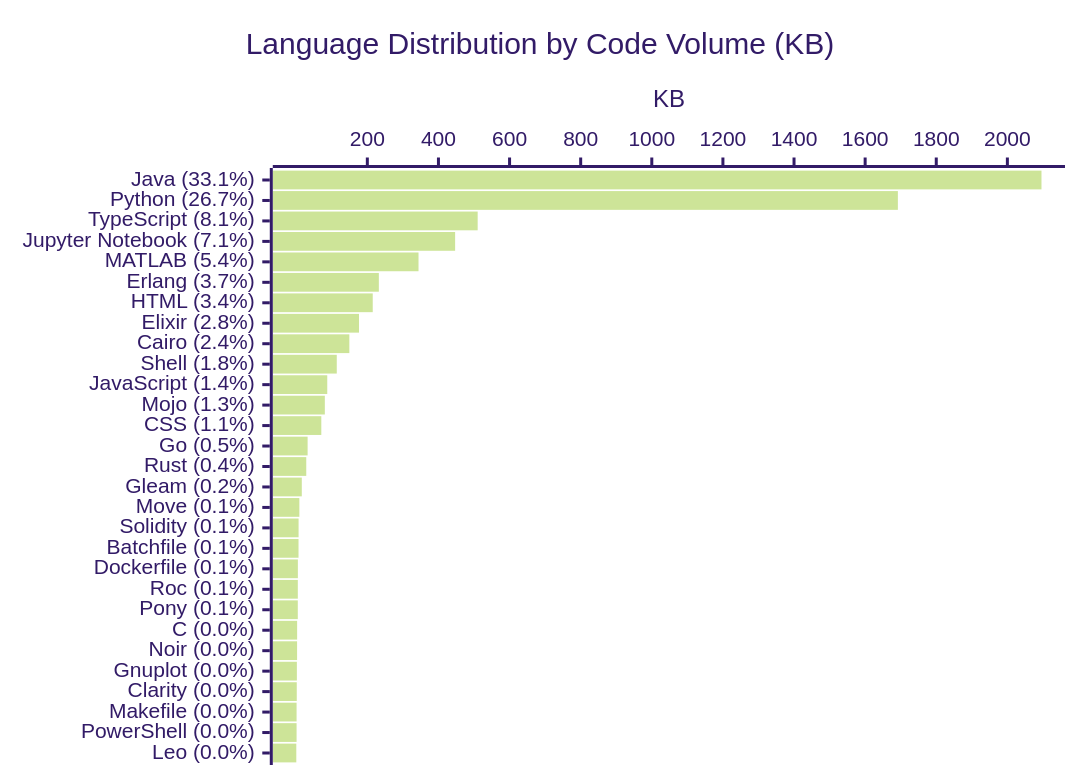
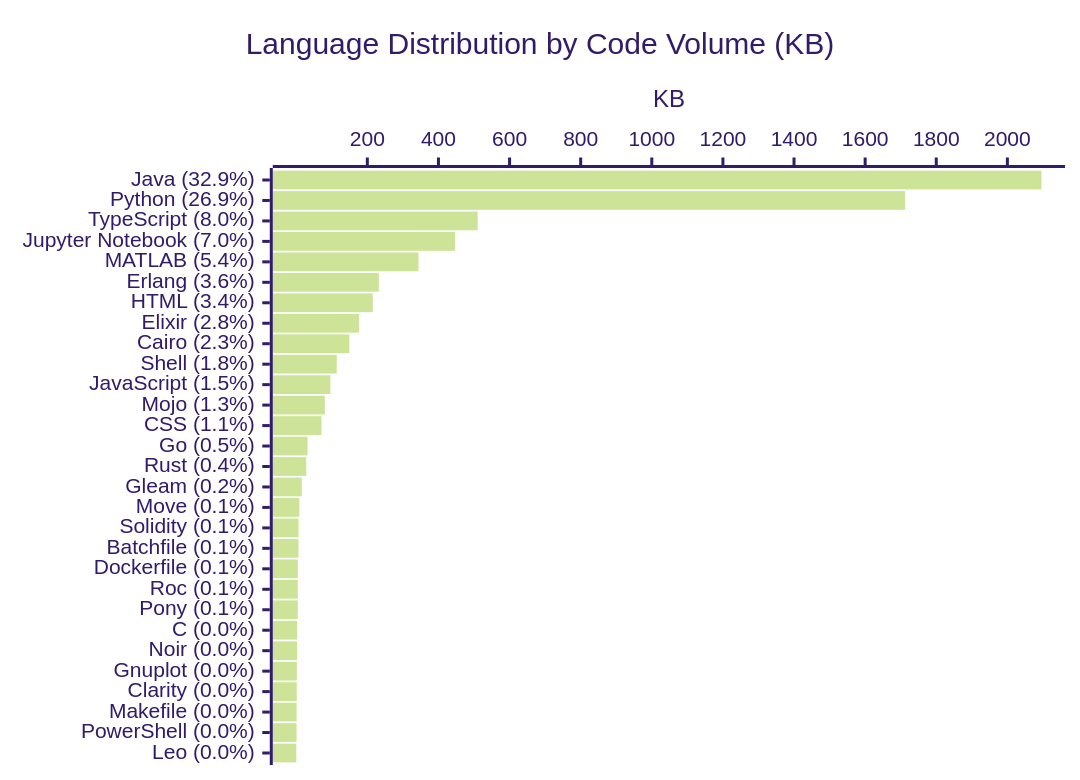
Before and after one commit to KathiraveluLab/.github: the diagram in profile/README.md, drawn with Mermaid (forest theme). The commit also changed other lines of this file and 1 other file, not shown here.

````diff
--- a/profile/README.md
+++ b/profile/README.md
@@ -66,7 +66,7 @@
 ```mermaid
 xychart-beta horizontal
     title "Language Distribution by Code Volume (KB)"
-    x-axis ["Java (33.1%)", "Python (26.7%)", "TypeScript (8.1%)", "Jupyter Notebook (7.1%)", "MATLAB (5.4%)", "Erlang (3.7%)", "HTML (3.4%)", "Elixir (2.8%)", "Cairo (2.4%)", "Shell (1.8%)", "JavaScript (1.4%)", "Mojo (1.3%)", "CSS (1.1%)", "Go (0.5%)", "Rust (0.4%)", "Gleam (0.2%)", "Move (0.1%)", "Solidity (0.1%)", "Batchfile (0.1%)", "Dockerfile (0.1%)", "Roc (0.1%)", "Pony (0.1%)", "C (0.0%)", "Noir (0.0%)", "Gnuplot (0.0%)", "Clarity (0.0%)", "Makefile (0.0%)", "PowerShell (0.0%)", "Leo (0.0%)"]
+    x-axis ["Java (32.9%)", "Python (26.9%)", "TypeScript (8.0%)", "Jupyter Notebook (7.0%)", "MATLAB (5.4%)", "Erlang (3.6%)", "HTML (3.4%)", "Elixir (2.8%)", "Cairo (2.3%)", "Shell (1.8%)", "JavaScript (1.5%)", "Mojo (1.3%)", "CSS (1.1%)", "Go (0.5%)", "Rust (0.4%)", "Gleam (0.2%)", "Move (0.1%)", "Solidity (0.1%)", "Batchfile (0.1%)", "Dockerfile (0.1%)", "Roc (0.1%)", "Pony (0.1%)", "C (0.0%)", "Noir (0.0%)", "Gnuplot (0.0%)", "Clarity (0.0%)", "Makefile (0.0%)", "PowerShell (0.0%)", "Leo (0.0%)"]
     y-axis "KB"
-    bar [2095.91, 1692.04, 510.29, 446.91, 343.93, 232.36, 215.19, 176.6, 149.42, 114.03, 87.29, 80.48, 70.58, 32.03, 28.25, 15.66, 8.83, 6.65, 6.48, 4.63, 4.5, 4.41, 2.58, 2.46, 1.82, 1.53, 1.02, 1.02, 0.26]
+    bar [2095.91, 1712.36, 510.29, 446.91, 343.93, 232.36, 215.34, 176.6, 149.42, 114.03, 96.07, 80.48, 71.2, 32.03, 28.25, 15.66, 8.83, 6.65, 6.48, 4.63, 4.5, 4.41, 2.58, 2.46, 1.82, 1.53, 1.02, 1.02, 0.26]
 ```
````
